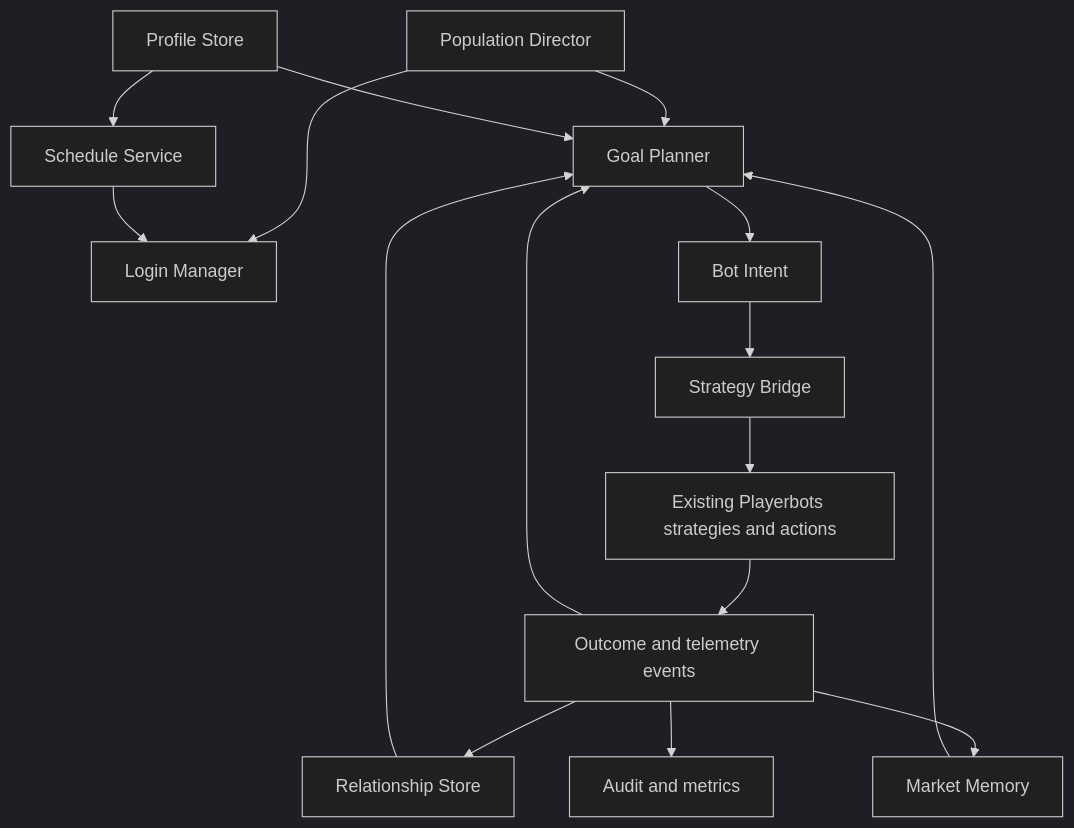
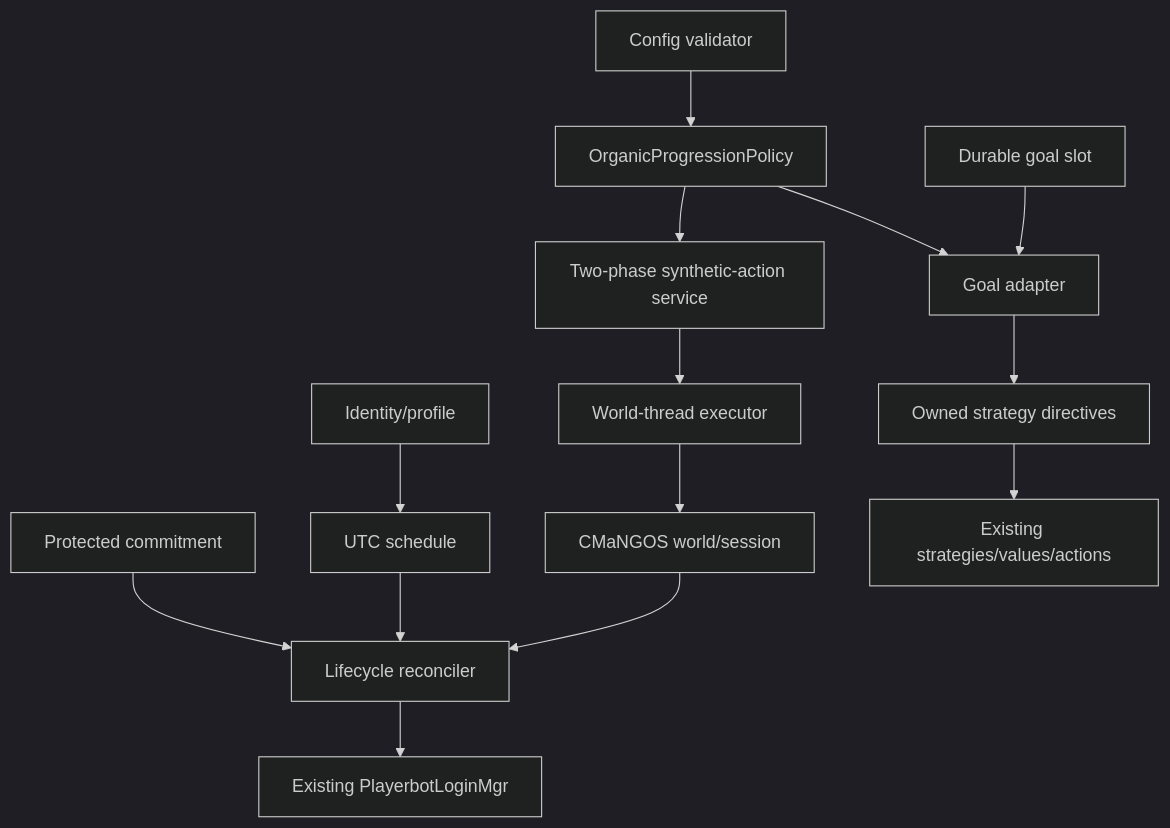
Before and after one commit to Tansien/playerbots: the diagram in docs/design/0001-living-realm.md, drawn with Mermaid (dark theme). The commit also changed other lines of this file and 11 other files, not shown here.

Commit message:
docs: harden Living Realm architecture

````diff
--- a/docs/design/0001-living-realm.md
+++ b/docs/design/0001-living-realm.md
@@ -183,18 +79,16 @@
 ```mermaid
 flowchart TD
-    PD[Population Director] --> LM[Login Manager]
-    PD --> GP[Goal Planner]
-    SS[Schedule Service] --> LM
-    PS[Profile Store] --> SS
-    PS --> GP
-    RS[Relationship Store] --> GP
-    MM[Market Memory] --> GP
-    GP --> BI[Bot Intent]
-    BI --> SB[Strategy Bridge]
-    SB --> EX[Existing Playerbots strategies and actions]
-    EX --> FB[Outcome and telemetry events]
-    FB --> GP
-    FB --> RS
-    FB --> MM
-    FB --> AU[Audit and metrics]
+  CFG[Config validator] --> POLICY[OrganicProgressionPolicy]
+  CORE[CMaNGOS world/session] --> RECON[Lifecycle reconciler]
+  PROFILE[Identity/profile] --> SCHED[UTC schedule]
+  SCHED --> RECON
+  COMMIT[Protected commitment] --> RECON
+  RECON --> LOGIN[Existing PlayerbotLoginMgr]
+  GOAL[Durable goal slot] --> ADAPTER[Goal adapter]
+  POLICY --> ADAPTER
+  ADAPTER --> OVERLAY[Owned strategy directives]
+  OVERLAY --> EXEC[Existing strategies/values/actions]
+  POLICY --> AUDIT[Two-phase synthetic-action service]
+  AUDIT --> WORLD[World-thread executor]
+  WORLD --> CORE
 ```
````
